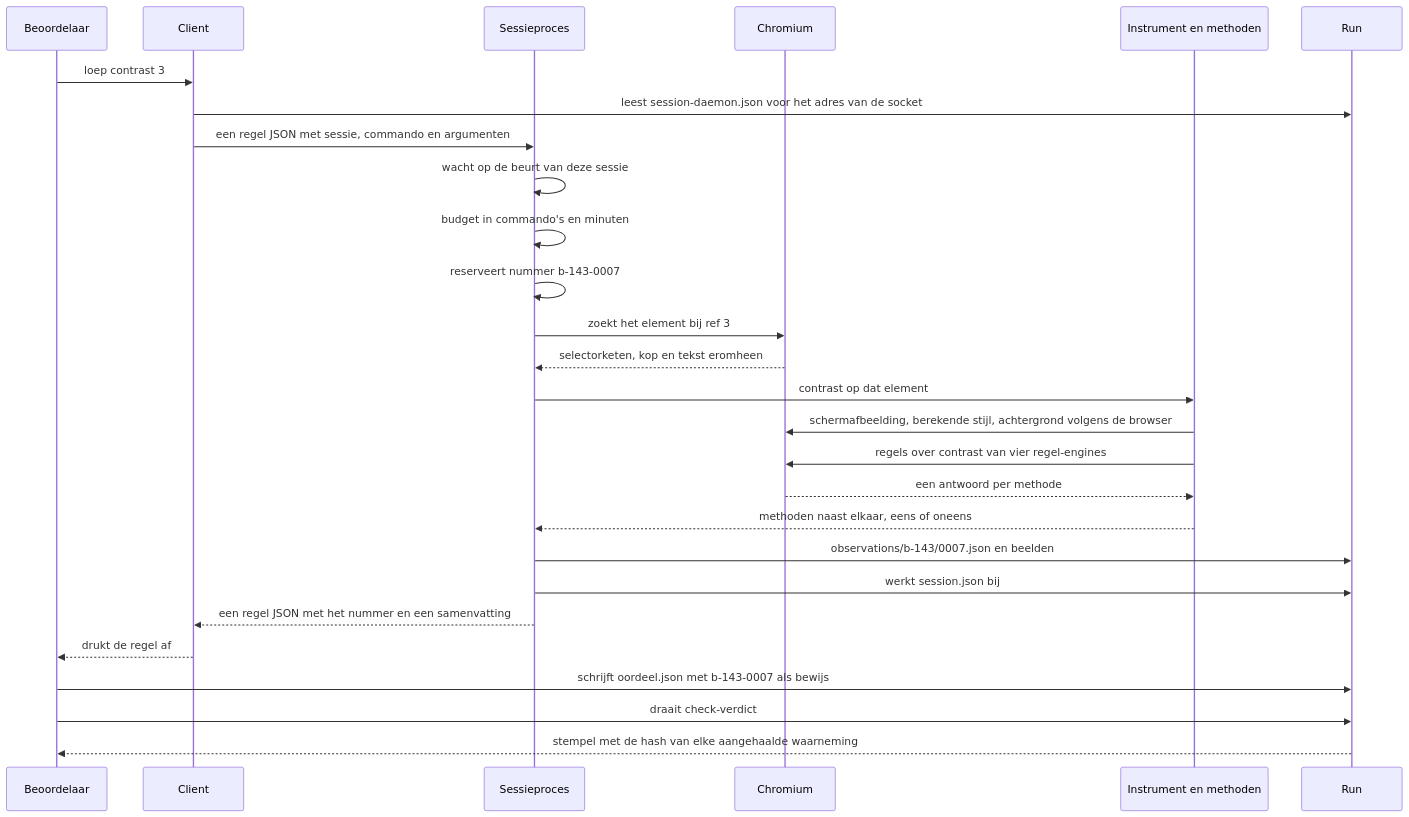
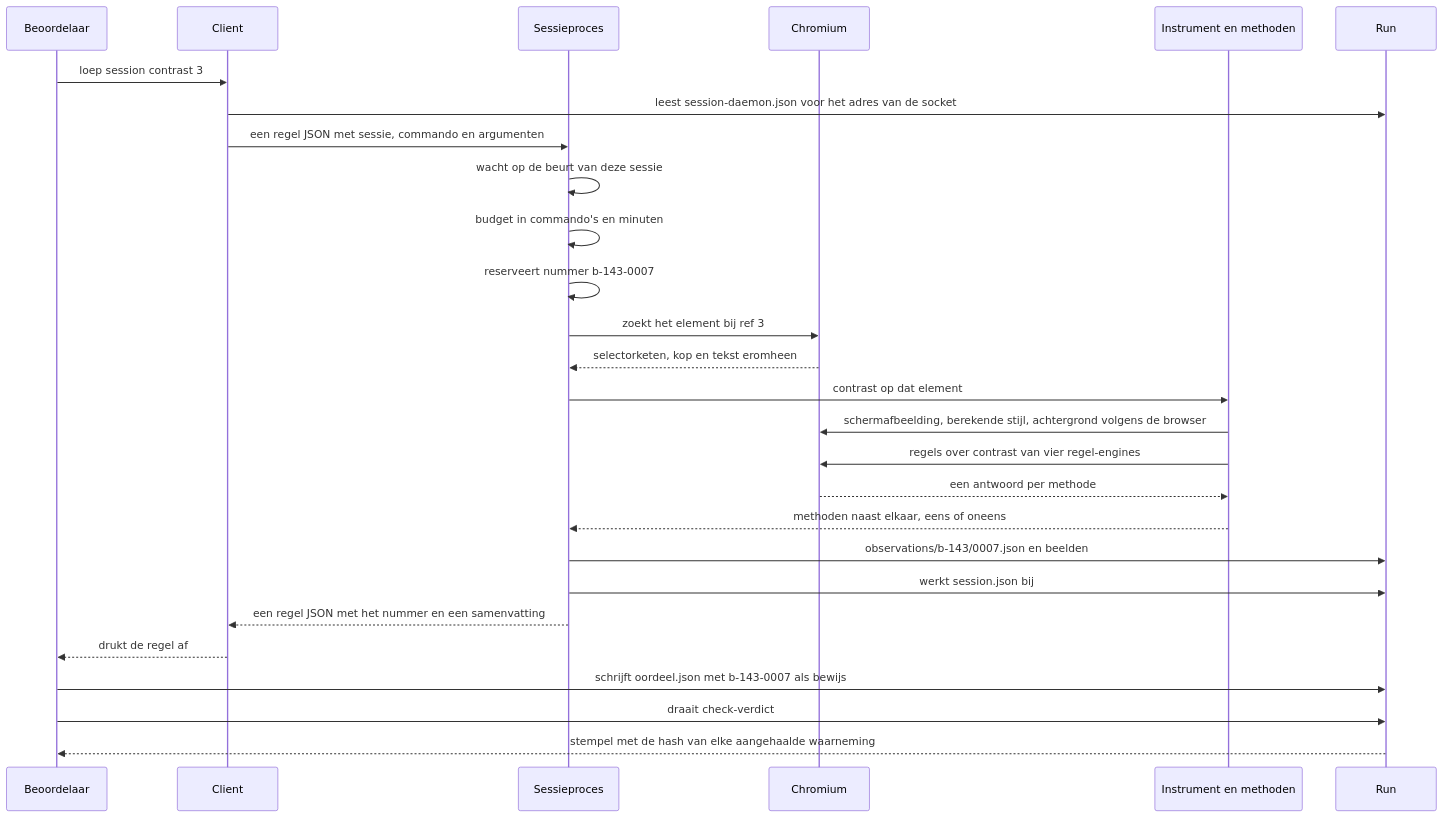
One commit to NederlandseDigitaleDienst/loep changed the third of 3 diagrams in docs/architectuur.md. Above: the diagram before and after it, drawn with Mermaid. The commit also changed other lines of this file and 94 other files, not shown here.

````diff
--- a/docs/architectuur.md
+++ b/docs/architectuur.md
@@ -245,29 +263,29 @@
 ```mermaid
 sequenceDiagram
   participant A as Beoordelaar
   participant C as Client
   participant D as Sessieproces
   participant B as Chromium
   participant I as Instrument en methoden
   participant R as Run
-  A->>C: loep contrast 3
+  A->>C: loep session contrast 3
   C->>R: leest session-daemon.json voor het adres van de socket
   C->>D: een regel JSON met sessie, commando en argumenten
   D->>D: wacht op de beurt van deze sessie
   D->>D: budget in commando's en minuten
   D->>D: reserveert nummer b-143-0007
   D->>B: zoekt het element bij ref 3
   B-->>D: selectorketen, kop en tekst eromheen
   D->>I: contrast op dat element
   I->>B: schermafbeelding, berekende stijl, achtergrond volgens de browser
   I->>B: regels over contrast van vier regel-engines
   B-->>I: een antwoord per methode
   I-->>D: methoden naast elkaar, eens of oneens
   D->>R: observations/b-143/0007.json en beelden
   D->>R: werkt session.json bij
   D-->>C: een regel JSON met het nummer en een samenvatting
   C-->>A: drukt de regel af
   A->>R: schrijft oordeel.json met b-143-0007 als bewijs
   A->>R: draait check-verdict
   R-->>A: stempel met de hash van elke aangehaalde waarneming
 ```
````
